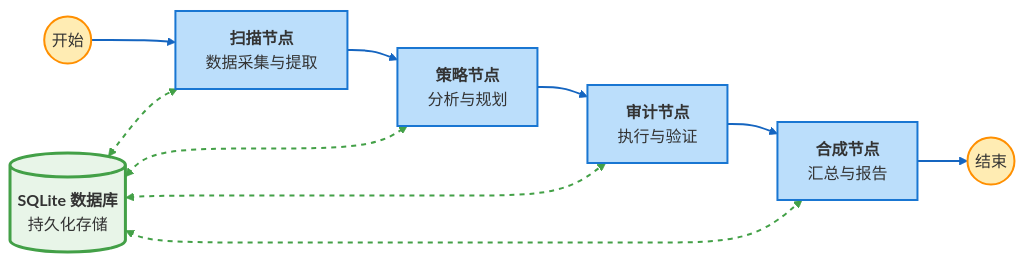
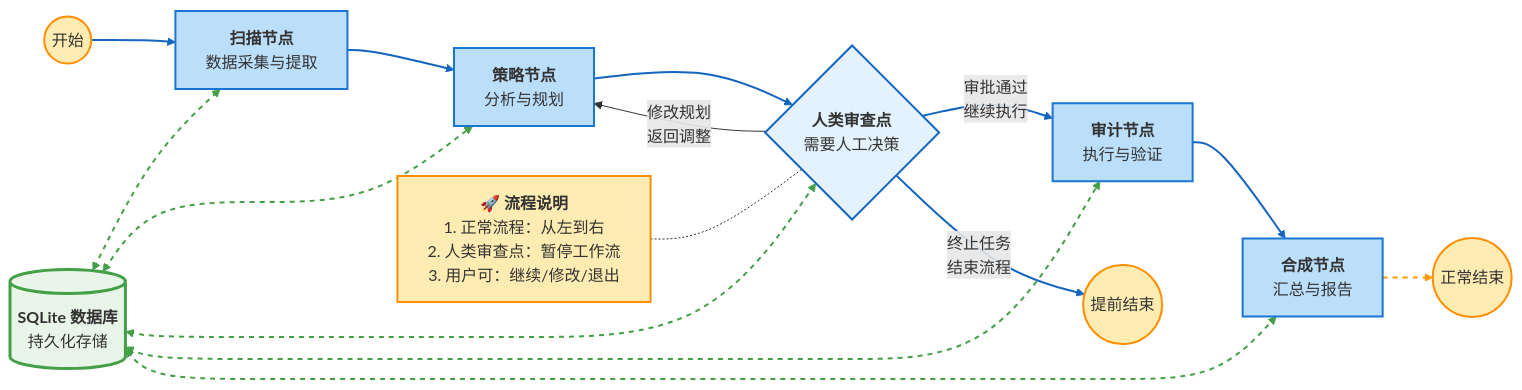
Before and after one commit to jingnianze/DueDiligAI: the diagram in README.md, drawn with Mermaid.

````diff
--- a/README.md
+++ b/README.md
@@ -38,27 +38,45 @@
 ```mermaid
 flowchart LR
+    %% 样式定义
+    classDef dbStyle fill:#e8f5e8,stroke:#43a047,stroke-width:3px
+    classDef nodeStyle fill:#bbdefb,stroke:#1976d2,stroke-width:2px
+    classDef startStyle fill:#ffecb3,stroke:#ff8f00,stroke-width:2px
+    classDef decisionStyle fill:#ffebee,stroke:#c62828,stroke-width:2px,shape:diamond
+    classDef humanStyle fill:#f3e5f5,stroke:#7b1fa2,stroke-width:3px
+    
     %% 数据库在中央上方连接所有节点
     DB[(<b>SQLite 数据库</b><br/>持久化存储)]:::dbStyle
     
     %% 主流程
     START(("开始")):::startStyle --> S[<b>扫描节点</b><br/>数据采集与提取]:::nodeStyle
     S --> ST[<b>策略节点</b><br/>分析与规划]:::nodeStyle
-    ST --> A[<b>审计节点</b><br/>执行与验证]:::nodeStyle
+    ST --> HR{<b>人类审查点</b><br/>需要人工决策}:::decisionStyle
+    
+    %% 人类审查的三种选择
+    HR -- "审批通过<br/>继续执行" --> A[<b>审计节点</b><br/>执行与验证]:::nodeStyle
+    HR -- "修改规划<br/>返回调整" --> ST
+    HR -- "终止任务<br/>结束流程" --> END2(("提前结束")):::startStyle
+    
+    %% 正常流程继续
     A --> SY[<b>合成节点</b><br/>汇总与报告]:::nodeStyle
-    SY --> END(("结束")):::startStyle
+    SY --> END1(("正常结束")):::startStyle
     
-    %% 双向数据库连接
+    %% 数据库连接（双向）
     DB <-.-> S
     DB <-.-> ST
+    DB <-.-> HR
     DB <-.-> A
     DB <-.-> SY
     
-    %% 样式定义
-    classDef dbStyle fill:#e8f5e8,stroke:#43a047,stroke-width:3px
-    classDef nodeStyle fill:#bbdefb,stroke:#1976d2,stroke-width:2px
-    classDef startStyle fill:#ffecb3,stroke:#ff8f00,stroke-width:2px
+    %% 连线样式
+    linkStyle 0,1,2,3,5,6 stroke:#1565c0,stroke-width:2px
+    linkStyle 7 stroke:#ff9800,stroke-width:2px,stroke-dasharray:5 5
+    linkStyle 8,9,10,11,12 stroke:#43a047,stroke-width:2px,stroke-dasharray:5 5
     
-    %% 连线样式
-    linkStyle 0,1,2,3,4 stroke:#1565c0,stroke-width:2px
-    linkStyle 5,6,7,8 stroke:#43a047,stroke-width:2px,stroke-dasharray:5 5
+    %% 添加注释说明
+    note1["🚀 <b>流程说明</b><br/>1. 正常流程：从左到右<br/>2. 人类审查点：暂停工作流<br/>3. 用户可：继续/修改/退出"]:::startStyle
+    note1 -.- HR
+    
+    %% 样式美化
+    style HR fill:#e3f2fd,stroke:#1565c0
 ```
````
